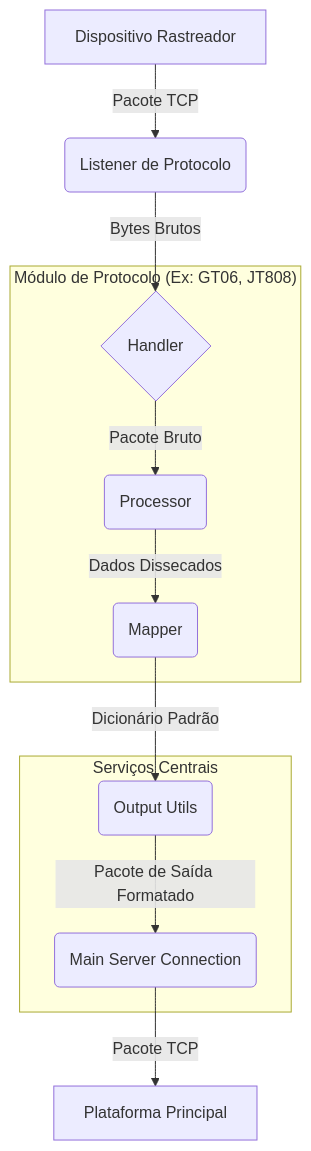
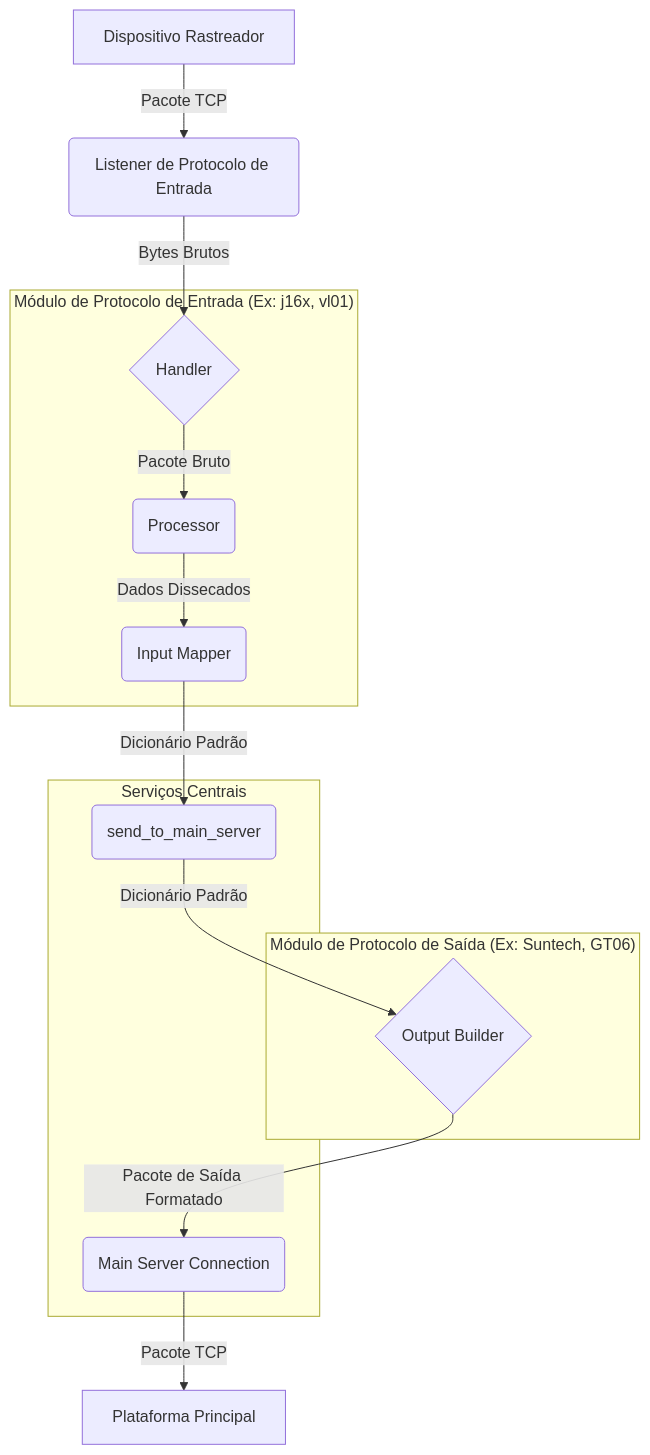
Before and after one commit to ju-sants/communication-protocol-translator: the first of 2 diagrams in README.md, drawn with Mermaid. The commit also changed other lines of this file, not shown here.

Commit message:
Documentando novo fluxo dos pacotes de entrada e saída

````diff
--- a/README.md
+++ b/README.md
@@ -25,21 +25,26 @@
 ```mermaid
 graph TD
-    A[Dispositivo Rastreador] -- Pacote TCP --> B(Listener de Protocolo);
+    A[Dispositivo Rastreador] -- Pacote TCP --> B(Listener de Protocolo de Entrada);
     B -- Bytes Brutos --> C{Handler};
     C -- Pacote Bruto --> D(Processor);
-    D -- Dados Dissecados --> E(Mapper);
-    E -- Dicionário Padrão --> F(Output Utils);
-    F -- Pacote de Saída Formatado --> G(Main Server Connection);
-    G -- Pacote TCP --> H[Plataforma Principal];
+    D -- Dados Dissecados --> E(Input Mapper);
+    E -- Dicionário Padrão --> F(send_to_main_server);
+    F -- Dicionário Padrão --> G{Output Builder};
+    G -- Pacote de Saída Formatado --> H(Main Server Connection);
+    H -- Pacote TCP --> I[Plataforma Principal];
 
-    subgraph "Módulo de Protocolo (Ex: GT06, JT808)"
+    subgraph "Módulo de Protocolo de Entrada (Ex: j16x, vl01)"
         C
         D
         E
     end
 
+    subgraph "Módulo de Protocolo de Saída (Ex: Suntech, GT06)"
+        G
+    end
+
     subgraph "Serviços Centrais"
         F
-        G
+        H
     end
 ```
````
